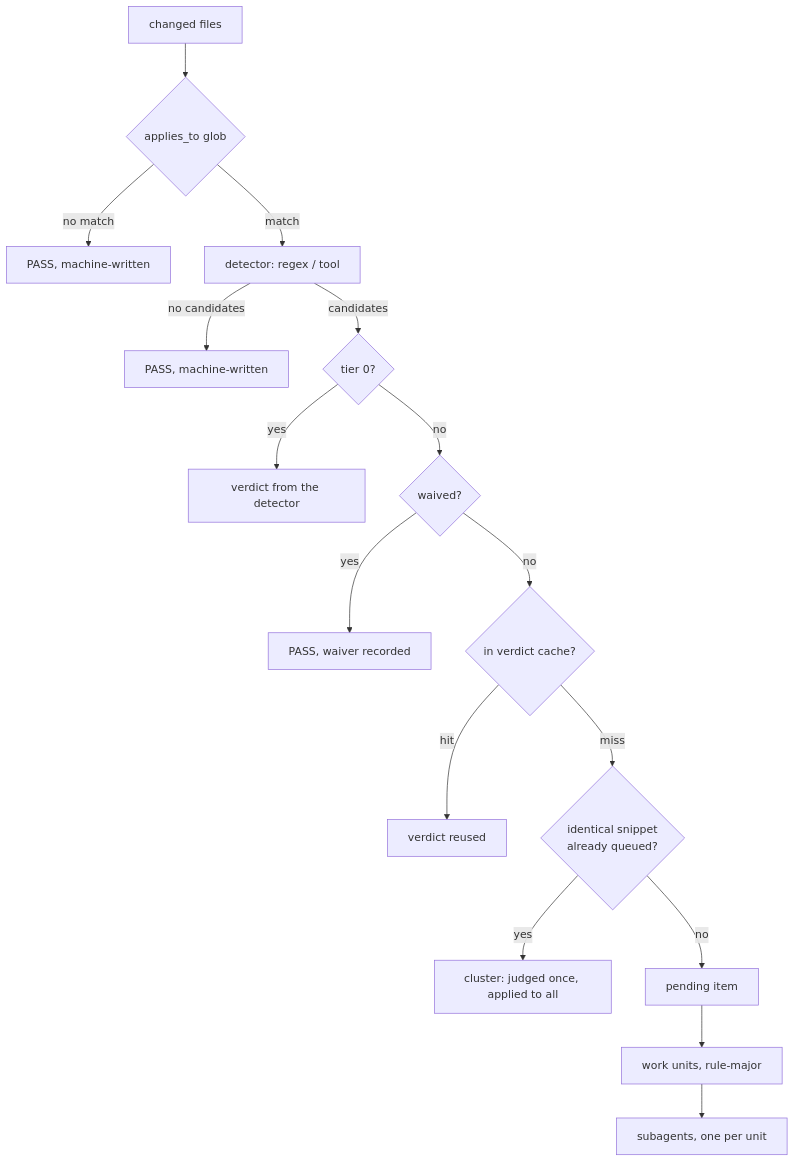
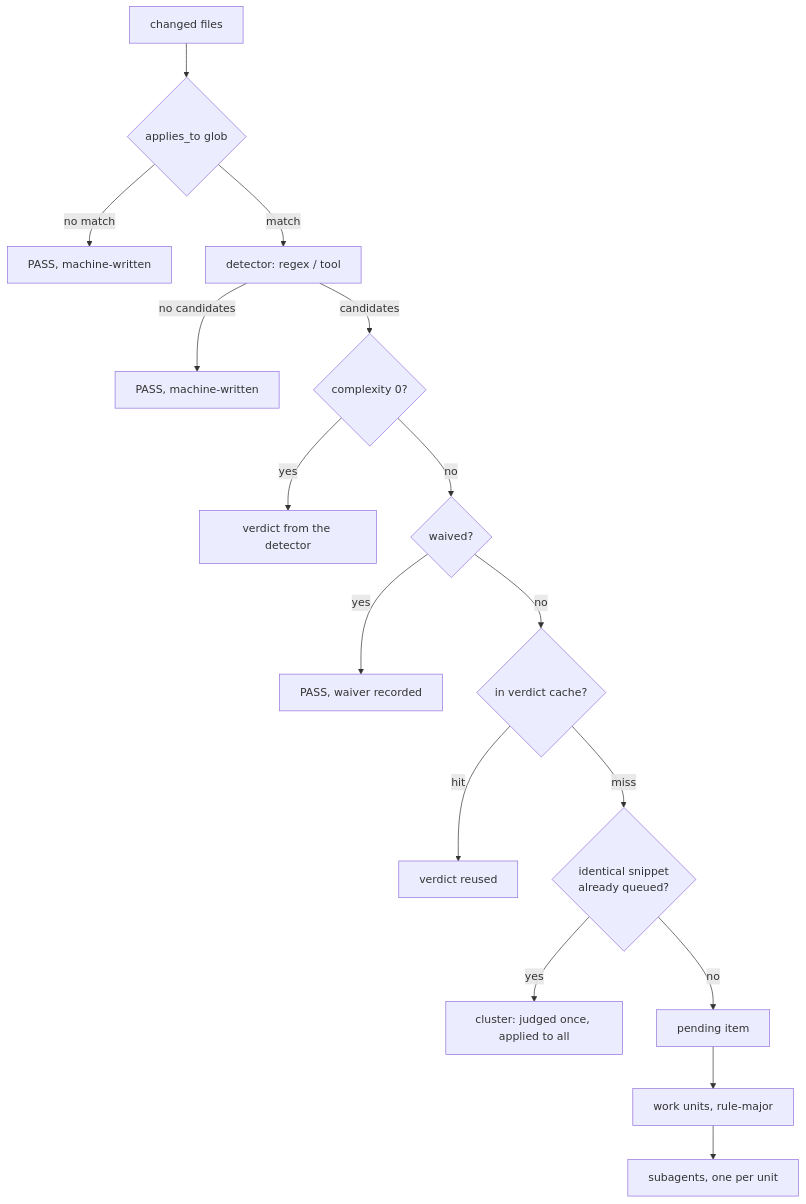
The first of 2 diagrams in .agents/ARCHITECTURE.md (telekom/controlplane), drawn with Mermaid before and after one commit. The commit also changed other lines of this file and 38 other files, not shown here.

````diff
--- a/.agents/ARCHITECTURE.md
+++ b/.agents/ARCHITECTURE.md
@@ -36,18 +36,18 @@
 ```mermaid
 flowchart TD
     A[changed files] --> B{applies_to glob}
     B -->|no match| P1[PASS, machine-written]
     B -->|match| C[detector: regex / tool]
     C -->|no candidates| P2[PASS, machine-written]
-    C -->|candidates| D{tier 0?}
+    C -->|candidates| D{complexity 0?}
     D -->|yes| V1[verdict from the detector]
     D -->|no| E{waived?}
     E -->|yes| P3[PASS, waiver recorded]
     E -->|no| F{in verdict cache?}
     F -->|hit| V2[verdict reused]
     F -->|miss| G{identical snippet<br/>already queued?}
     G -->|yes| V3[cluster: judged once, applied to all]
     G -->|no| H[pending item]
     H --> I[work units, rule-major]
     I --> J[subagents, one per unit]
 ```
````
